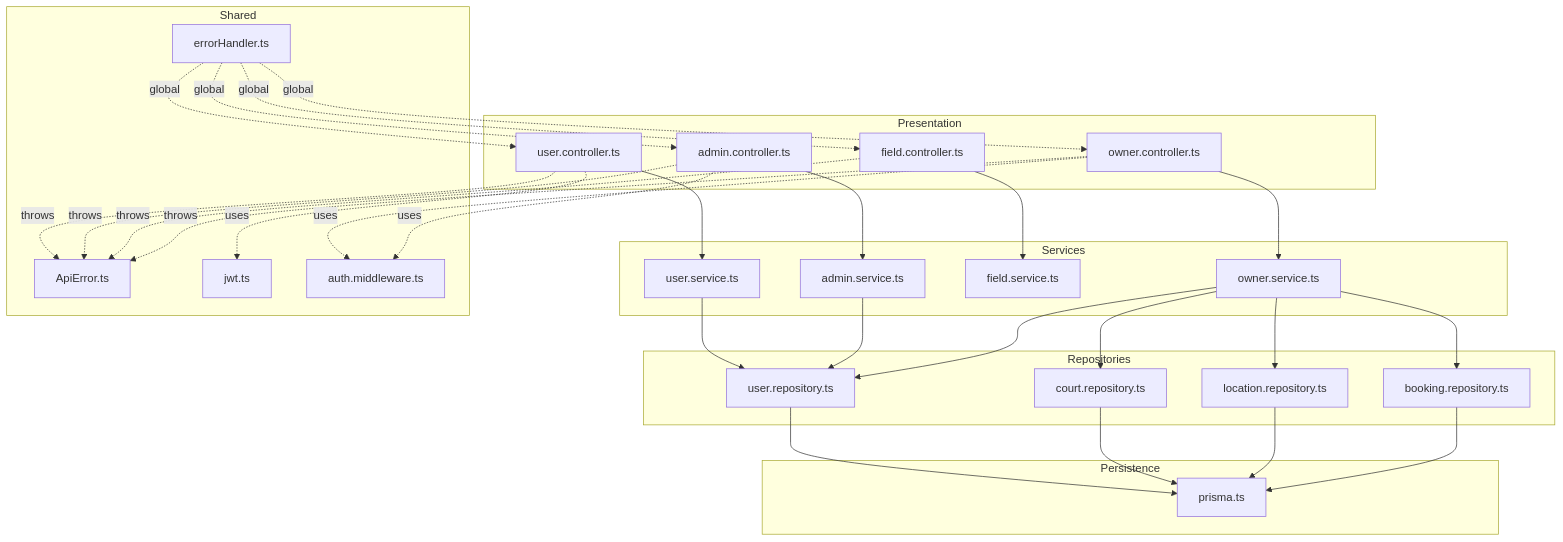
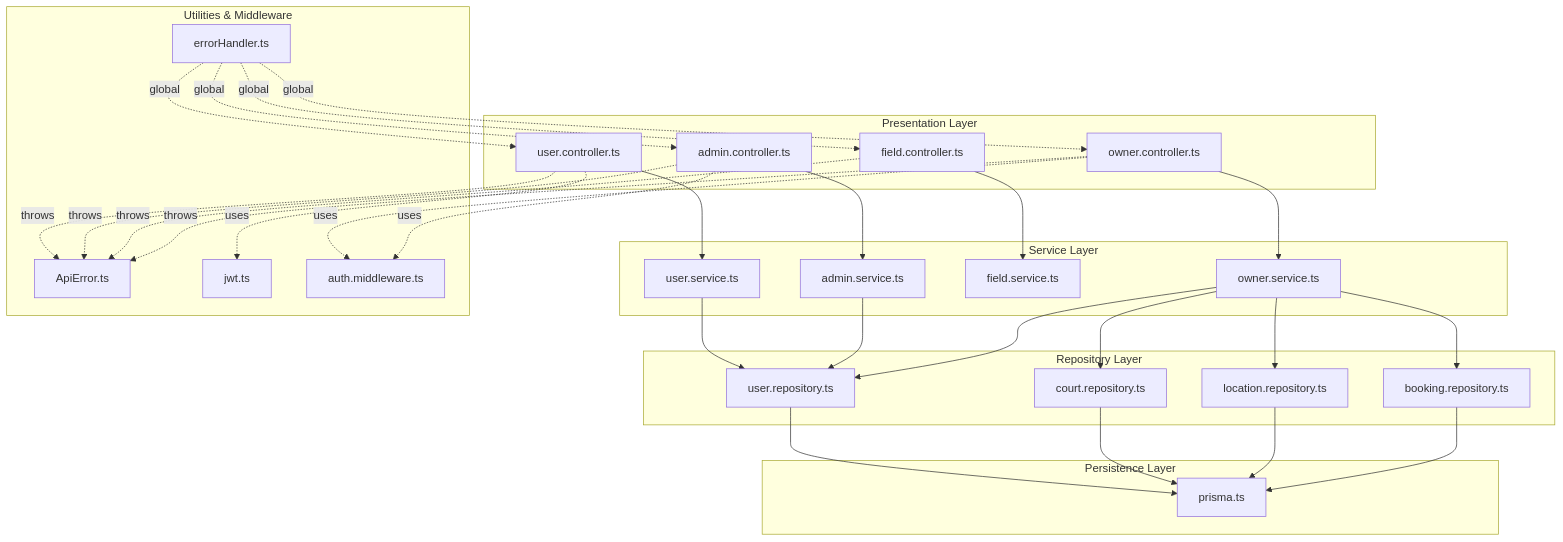
One commit to nguyencongtrung2001/Do-An changed the first of 8 diagrams in .qoder/repowiki/en/content/Backend Architecture/Service Layer.md. Above: the diagram before and after it, drawn with Mermaid. The commit also changed other lines of this file and 12 other files, not shown here.

````diff
--- a/.qoder/repowiki/en/content/Backend Architecture/Service Layer.md
+++ b/.qoder/repowiki/en/content/Backend Architecture/Service Layer.md
@@ -47,55 +56,55 @@
 ```mermaid
 graph TB
-subgraph "Presentation"
+subgraph "Presentation Layer"
 UC["user.controller.ts"]
 AC["admin.controller.ts"]
 FC["field.controller.ts"]
 OC["owner.controller.ts"]
 end
-subgraph "Services"
+subgraph "Service Layer"
 US["user.service.ts"]
 AS["admin.service.ts"]
 FS["field.service.ts"]
 OS["owner.service.ts"]
 end
-subgraph "Repositories"
+subgraph "Repository Layer"
 UR["user.repository.ts"]
 CR["court.repository.ts"]
 LR["location.repository.ts"]
 BR["booking.repository.ts"]
 end
-subgraph "Persistence"
+subgraph "Persistence Layer"
 PRISMA["prisma.ts"]
 end
-subgraph "Shared"
+subgraph "Utilities & Middleware"
 ERR["ApiError.ts"]
 EH["errorHandler.ts"]
 JWT["jwt.ts"]
 AUTH["auth.middleware.ts"]
 end
 UC --> US
 AC --> AS
 FC --> FS
 OC --> OS
 US --> UR
 AS --> UR
 OS --> UR
 OS --> LR
 OS --> CR
 OS --> BR
 UR --> PRISMA
 CR --> PRISMA
 LR --> PRISMA
 BR --> PRISMA
 UC -.uses.-> JWT
 OC -.uses.-> AUTH
 AC -.uses.-> AUTH
 UC -.throws.-> ERR
 AC -.throws.-> ERR
 FC -.throws.-> ERR
 OC -.throws.-> ERR
 EH -.global.-> UC
 EH -.global.-> AC
 EH -.global.-> FC
 EH -.global.-> OC
 ```
````
